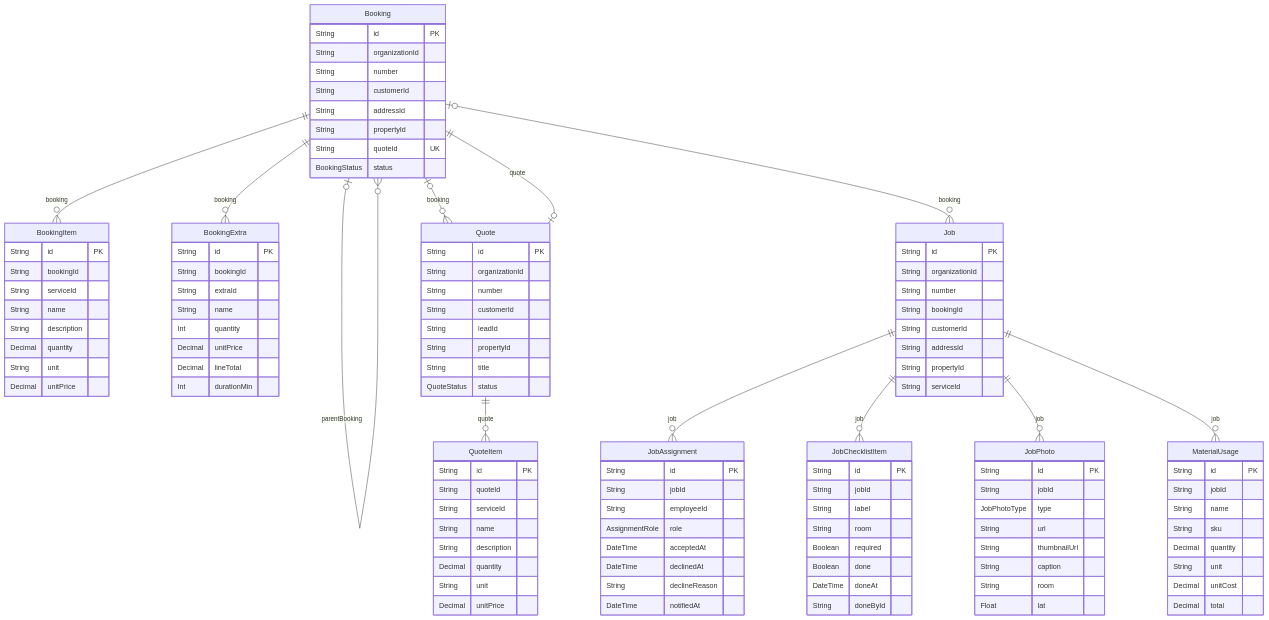
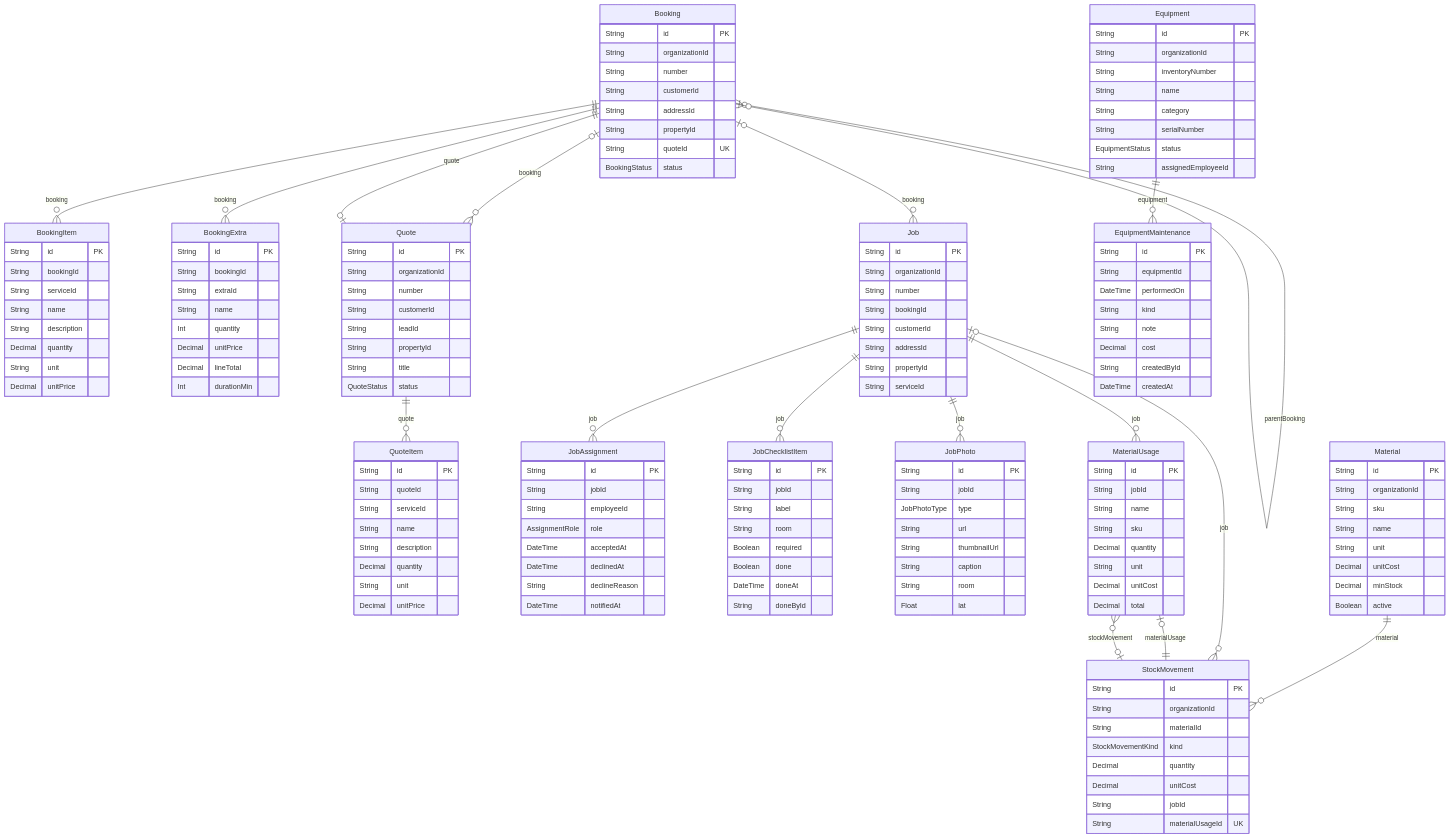
Before and after one commit to javadqasemi/Clenaris: the seventh of 14 diagrams in docs/DATABASE.md, drawn with Mermaid. The commit also changed other lines of this file and 31 other files, not shown here.

````diff
--- a/docs/DATABASE.md
+++ b/docs/DATABASE.md
@@ -644,6 +644,46 @@
     Decimal unitCost
     Decimal total
   }
+  Material {
+    String id PK
+    String organizationId
+    String sku
+    String name
+    String unit
+    Decimal unitCost
+    Decimal minStock
+    Boolean active
+  }
+  StockMovement {
+    String id PK
+    String organizationId
+    String materialId
+    StockMovementKind kind
+    Decimal quantity
+    Decimal unitCost
+    String jobId
+    String materialUsageId UK
+  }
+  Equipment {
+    String id PK
+    String organizationId
+    String inventoryNumber
+    String name
+    String category
+    String serialNumber
+    EquipmentStatus status
+    String assignedEmployeeId
+  }
+  EquipmentMaintenance {
+    String id PK
+    String equipmentId
+    DateTime performedOn
+    String kind
+    String note
+    Decimal cost
+    String createdById
+    DateTime createdAt
+  }
   Quote |o--|| Booking : "quote"
   Booking |o--o{ Booking : "parentBooking"
   Booking ||--o{ BookingItem : "booking"
@@ -655,4 +695,9 @@
   Job ||--o{ JobChecklistItem : "job"
   Job ||--o{ JobPhoto : "job"
   Job ||--o{ MaterialUsage : "job"
+  StockMovement |o--o{ MaterialUsage : "stockMovement"
+  Material ||--o{ StockMovement : "material"
+  Job |o--o{ StockMovement : "job"
+  MaterialUsage |o--|| StockMovement : "materialUsage"
+  Equipment ||--o{ EquipmentMaintenance : "equipment"
 ```
````
